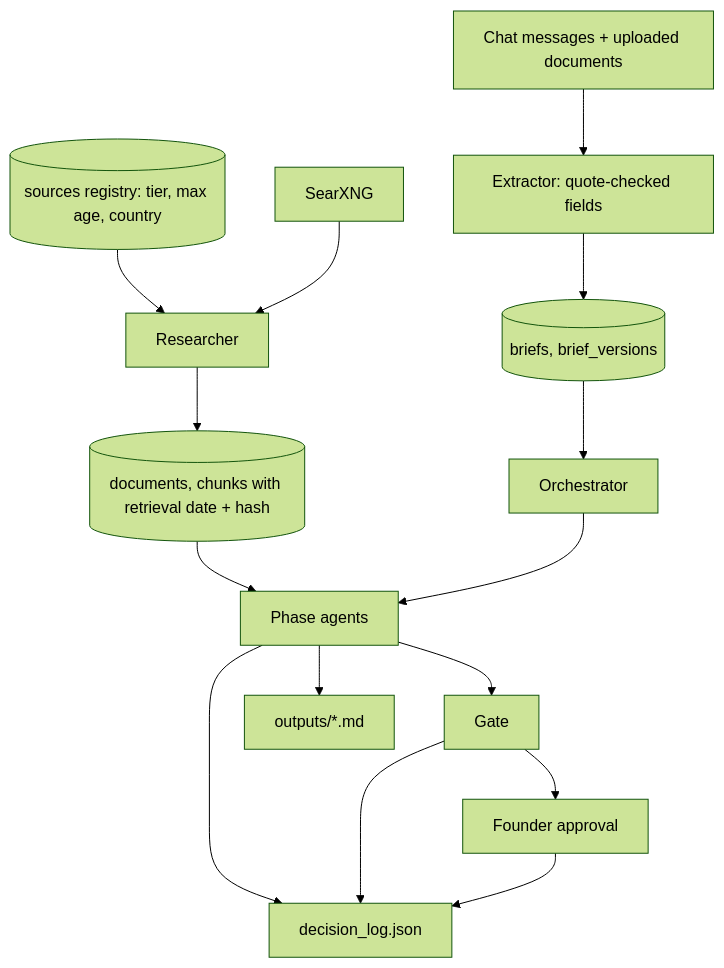
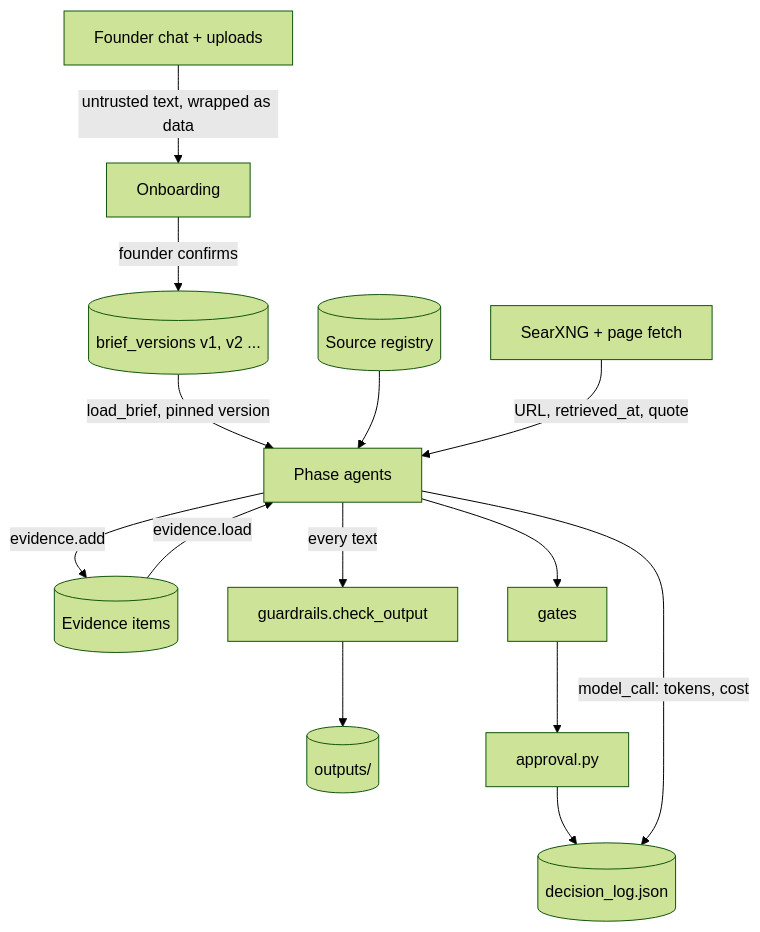
The third of 3 diagrams in ARCHITECTURE.md (MennaZaid/avengers-dealroom), drawn with Mermaid (forest theme) before and after one commit. The commit also changed other lines of this file, not shown here.

Commit message:
ARCHITECTURE.md: six phases, gates and STOP, sale to cash, data flow, status checked against the code

````diff
--- a/ARCHITECTURE.md
+++ b/ARCHITECTURE.md
@@ -159,13 +171,12 @@
 ```mermaid
 flowchart TD
-  CHAT[Chat messages + uploaded documents] --> EXT[Extractor: quote-checked fields]
-  EXT --> BRIEF[(briefs, brief_versions)]
-  BRIEF --> ORCH[Orchestrator]
-  REG[(sources registry: tier, max age, country)] --> RES[Researcher]
-  SEARCH[SearXNG] --> RES
-  RES --> EVID[(documents, chunks with retrieval date + hash)]
-  EVID --> AG[Phase agents]
-  ORCH --> AG --> GATE[Gate] --> APPR[Founder approval]
-  AG --> OUT[outputs/*.md]
-  AG & GATE & APPR --> LOG[decision_log.json]
+  A[Founder chat + uploads] -->|untrusted text, wrapped as data| B[Onboarding]
+  B -->|founder confirms| C[(brief_versions v1, v2 ...)]
+  C -->|load_brief, pinned version| D[Phase agents]
+  R[(Source registry)] --> D
+  W[SearXNG + page fetch] -->|URL, retrieved_at, quote| D
+  D -->|evidence.add| E[(Evidence items)] -->|evidence.load| D
+  D -->|every text| G[guardrails.check_output] --> O[(outputs/)]
+  D --> H[gates] --> AP[approval.py] --> L[(decision_log.json)]
+  D -->|model_call: tokens, cost| L
 ```
````
